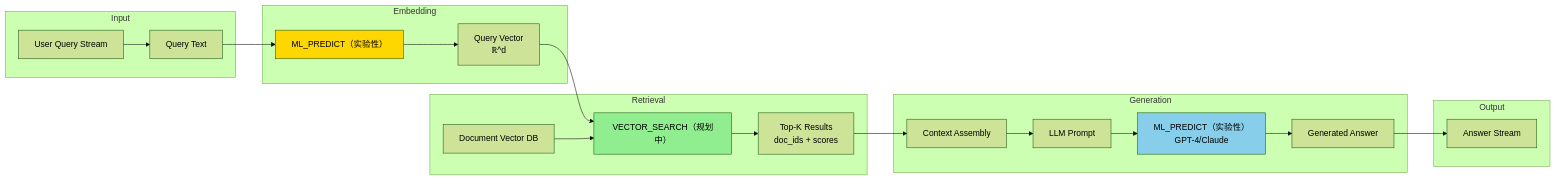
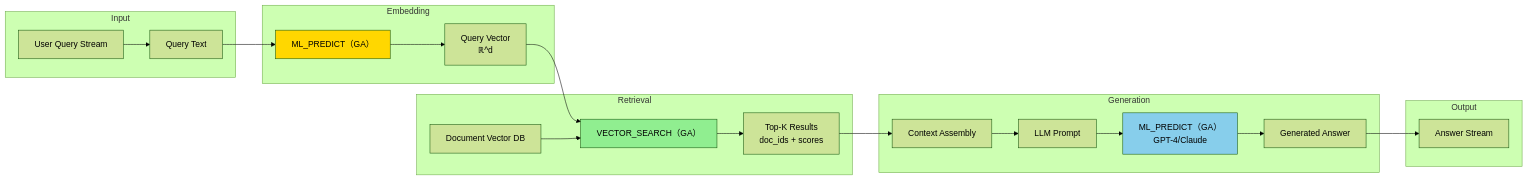
Before and after one commit to AdaMartin18010/AnalysisDataFlow: the third of 7 diagrams in Flink/02-core/flink-2.2-frontier-features.md, drawn with Mermaid (forest theme). The commit also changed other lines of this file and 96 other files, not shown here.

````diff
--- a/Flink/02-core/flink-2.2-frontier-features.md
+++ b/Flink/02-core/flink-2.2-frontier-features.md
@@ -1299,32 +1299,32 @@
 ```mermaid
 flowchart LR
     subgraph "Input"
         A[User Query Stream] --> B[Query Text]
     end
 
     subgraph "Embedding"
-        B --> C[ML_PREDICT（实验性）]
+        B --> C[ML_PREDICT（GA）]
         C --> D[Query Vector<br/>ℝ^d]
     end
 
     subgraph "Retrieval"
-        D --> E[VECTOR_SEARCH（规划中）]
+        D --> E[VECTOR_SEARCH（GA）]
         F[Document Vector DB] --> E
         E --> G[Top-K Results<br/>doc_ids + scores]
     end
 
     subgraph "Generation"
         G --> H[Context Assembly]
         H --> I[LLM Prompt]
-        I --> J[ML_PREDICT（实验性）<br/>GPT-4/Claude]
+        I --> J[ML_PREDICT（GA）<br/>GPT-4/Claude]
         J --> K[Generated Answer]
     end
 
     subgraph "Output"
         K --> L[Answer Stream]
     end
 
     style C fill:#FFD700
     style E fill:#90EE90
     style J fill:#87CEEB
 ```
````
